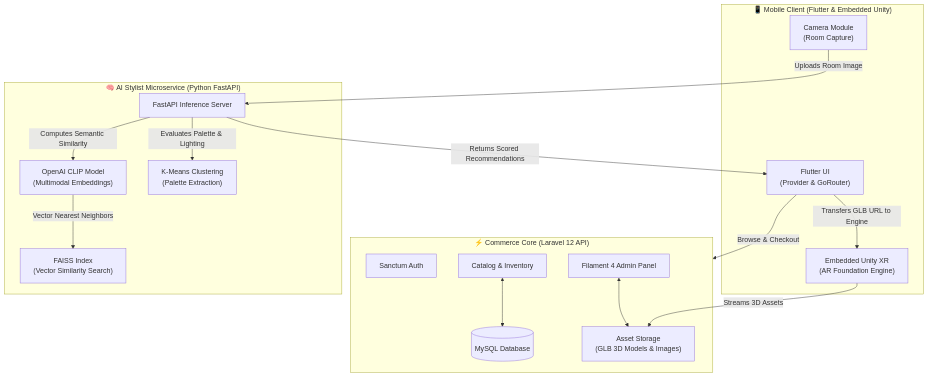
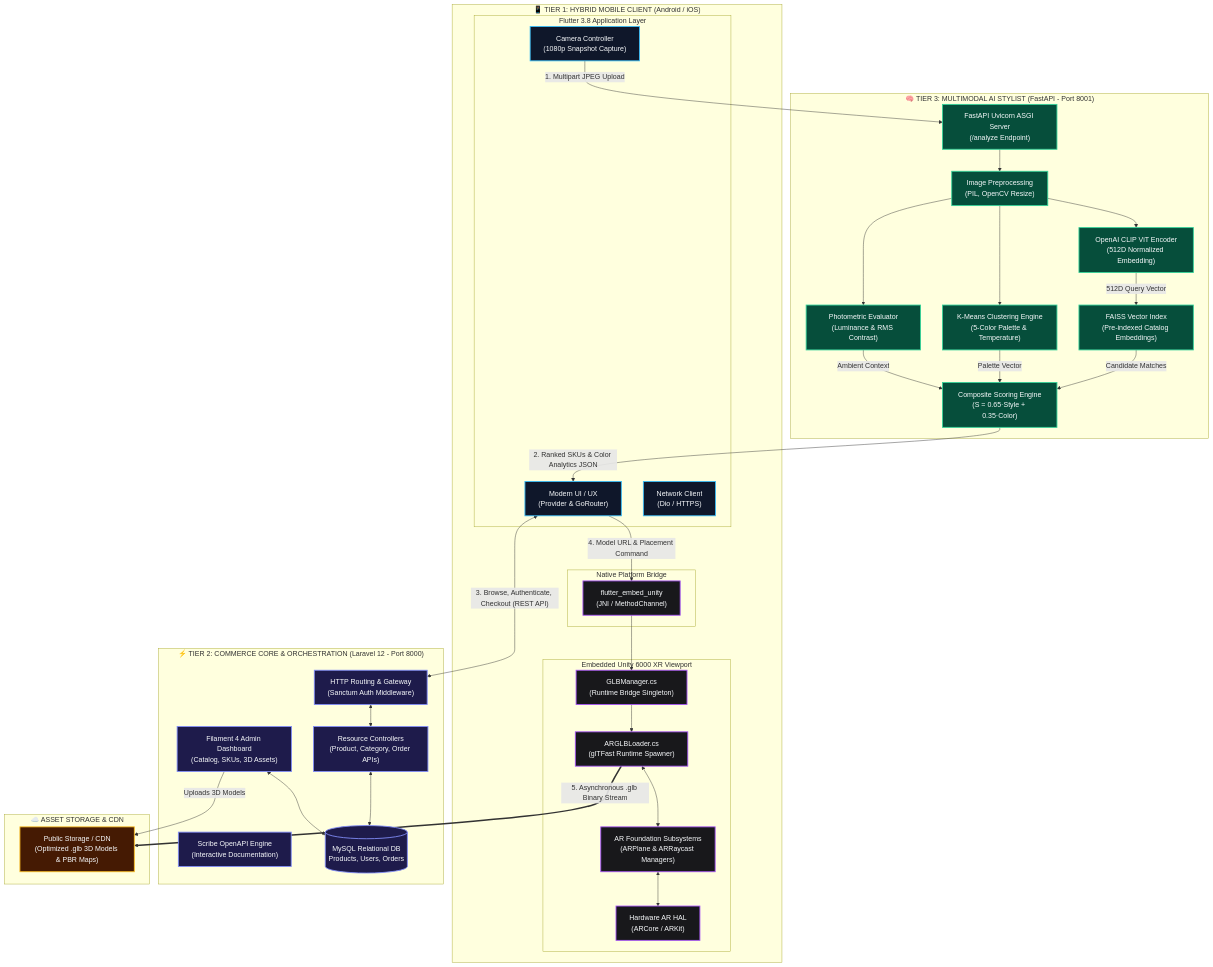
The first of 4 diagrams in README.md (AureusBlaze/Mirage-AR-Furniture-Store), drawn with Mermaid before and after one commit. The commit also changed other lines of this file, not shown here.

Commit message:
docs: improve and expand System Architecture visualization with comprehensive Mermaid diagrams

````diff
--- a/README.md
+++ b/README.md
@@ -45,36 +49,91 @@
 ```mermaid
-graph TD
-    subgraph Client["📱 Mobile Client (Flutter & Embedded Unity)"]
-        UI["Flutter UI<br>(Provider & GoRouter)"]
-        Camera["Camera Module<br>(Room Capture)"]
-        UnityAR["Embedded Unity XR<br>(AR Foundation Engine)"]
+flowchart TB
+    %% ─────────────────────────────────────────────────────────────
+    %% STYLING DEFINITIONS
+    %% ─────────────────────────────────────────────────────────────
+    classDef clientStyle fill:#0f172a,stroke:#38bdf8,stroke-width:2px,color:#f8fafc;
+    classDef unityStyle fill:#18181b,stroke:#a855f7,stroke-width:2px,color:#f8fafc;
+    classDef backendStyle fill:#1e1b4b,stroke:#818cf8,stroke-width:2px,color:#f8fafc;
+    classDef aiStyle fill:#064e3b,stroke:#34d399,stroke-width:2px,color:#f8fafc;
+    classDef storageStyle fill:#451a03,stroke:#fbbf24,stroke-width:2px,color:#f8fafc;
+
+    %% ─────────────────────────────────────────────────────────────
+    %% TIER 1: CLIENT
+    %% ─────────────────────────────────────────────────────────────
+    subgraph TIER1["📱 TIER 1: HYBRID MOBILE CLIENT (Android / iOS)"]
+        subgraph FLUTTER["Flutter 3.8 Application Layer"]
+            UI["Modern UI / UX<br>(Provider & GoRouter)"]:::clientStyle
+            CameraModule["Camera Controller<br>(1080p Snapshot Capture)"]:::clientStyle
+            DioClient["Network Client<br>(Dio / HTTPS)"]:::clientStyle
+        end
+
+        subgraph BRIDGE["Native Platform Bridge"]
+            JNI["flutter_embed_unity<br>(JNI / MethodChannel)"]:::unityStyle
+        end
+
+        subgraph UNITY["Embedded Unity 6000 XR Viewport"]
+            GLBManager["GLBManager.cs<br>(Runtime Bridge Singleton)"]:::unityStyle
+            ARLoader["ARGLBLoader.cs<br>(glTFast Runtime Spawner)"]:::unityStyle
+            ARFoundation["AR Foundation Subsystems<br>(ARPlane & ARRaycast Managers)"]:::unityStyle
+            ARCoreKit["Hardware AR HAL<br>(ARCore / ARKit)"]:::unityStyle
+        end
     end
 
-    subgraph BackendAPI["⚡ Commerce Core (Laravel 12 API)"]
-        L_Auth["Sanctum Auth"]
-        L_Catalog["Catalog & Inventory"]
-        L_Filament["Filament 4 Admin Panel"]
-        DB[("MySQL Database")]
-        Storage["Asset Storage<br>(GLB 3D Models & Images)"]
+    %% ─────────────────────────────────────────────────────────────
+    %% TIER 2: COMMERCE BACKEND
+    %% ─────────────────────────────────────────────────────────────
+    subgraph TIER2["⚡ TIER 2: COMMERCE CORE & ORCHESTRATION (Laravel 12 - Port 8000)"]
+        Gateway["HTTP Routing & Gateway<br>(Sanctum Auth Middleware)"]:::backendStyle
+        Controllers["Resource Controllers<br>(Product, Category, Order APIs)"]:::backendStyle
+        Filament["Filament 4 Admin Dashboard<br>(Catalog, SKUs, 3D Assets)"]:::backendStyle
+        Scribe["Scribe OpenAPI Engine<br>(Interactive Documentation)"]:::backendStyle
+        MySQL[("MySQL Relational DB<br>Products, Users, Orders")]:::backendStyle
     end
 
-    subgraph AIService["🧠 AI Stylist Microservice (Python FastAPI)"]
-        FastAPI["FastAPI Inference Server"]
-        CLIP["OpenAI CLIP Model<br>(Multimodal Embeddings)"]
-        KMeans["K-Means Clustering<br>(Palette Extraction)"]
-        FAISS["FAISS Index<br>(Vector Similarity Search)"]
+    %% ─────────────────────────────────────────────────────────────
+    %% TIER 3: AI MICROSERVICE
+    %% ─────────────────────────────────────────────────────────────
+    subgraph TIER3["🧠 TIER 3: MULTIMODAL AI STYLIST (FastAPI - Port 8001)"]
+        FastAPI["FastAPI Uvicorn ASGI Server<br>(/analyze Endpoint)"]:::aiStyle
+        Preprocess["Image Preprocessing<br>(PIL, OpenCV Resize)"]:::aiStyle
+        KMeans["K-Means Clustering Engine<br>(5-Color Palette & Temperature)"]:::aiStyle
+        Lighting["Photometric Evaluator<br>(Luminance & RMS Contrast)"]:::aiStyle
+        CLIP["OpenAI CLIP ViT Encoder<br>(512D Normalized Embedding)"]:::aiStyle
+        FAISS["FAISS Vector Index<br>(Pre-indexed Catalog Embeddings)"]:::aiStyle
+        Ranking["Composite Scoring Engine<br>(S = 0.65·Style + 0.35·Color)"]:::aiStyle
     end
 
-    Camera -->|"Uploads Room Image"| FastAPI
-    FastAPI -->|"Evaluates Palette & Lighting"| KMeans
-    FastAPI -->|"Computes Semantic Similarity"| CLIP
-    CLIP -->|"Vector Nearest Neighbors"| FAISS
-    FastAPI -->|"Returns Scored Recommendations"| UI
+    %% ─────────────────────────────────────────────────────────────
+    %% ASSET STORAGE
+    %% ─────────────────────────────────────────────────────────────
+    subgraph CLOUD["☁️ ASSET STORAGE & CDN"]
+        AssetStorage["Public Storage / CDN<br>(Optimized .glb 3D Models & PBR Maps)"]:::storageStyle
+    end
 
-    UI -->|"Browse & Checkout"| BackendAPI
-    L_Catalog <--> DB
-    L_Filament <--> Storage
+    %% ─────────────────────────────────────────────────────────────
+    %% DATA INTERCONNECTIONS
+    %% ─────────────────────────────────────────────────────────────
+    CameraModule -->|"1. Multipart JPEG Upload"| FastAPI
+    FastAPI --> Preprocess
+    Preprocess --> KMeans
+    Preprocess --> Lighting
+    Preprocess --> CLIP
+    CLIP -->|"512D Query Vector"| FAISS
+    FAISS -->|"Candidate Matches"| Ranking
+    KMeans -->|"Palette Vector"| Ranking
+    Lighting -->|"Ambient Context"| Ranking
+    Ranking -->|"2. Ranked SKUs & Color Analytics JSON"| UI
 
-    UI -->|"Transfers GLB URL to Engine"| UnityAR
-    UnityAR -->|"Streams 3D Assets"| Storage
+    UI <-->|"3. Browse, Authenticate, Checkout (REST API)"| Gateway
+    Gateway <--> Controllers
+    Controllers <--> MySQL
+    Filament <--> MySQL
+    Filament -->|"Uploads 3D Models"| AssetStorage
+
+    UI -->|"4. Model URL & Placement Command"| JNI
+    JNI --> GLBManager
+    GLBManager --> ARLoader
+    ARLoader <--> ARFoundation
+    ARFoundation <--> ARCoreKit
+    ARLoader ==>|"5. Asynchronous .glb Binary Stream"| AssetStorage
 ```
````
